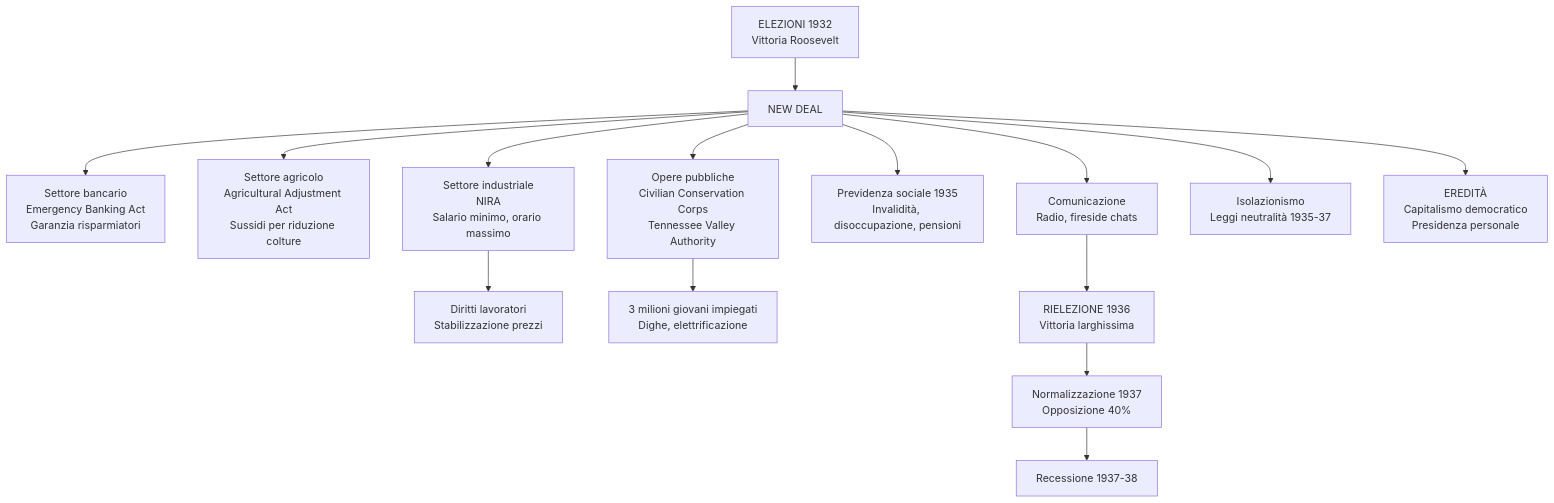
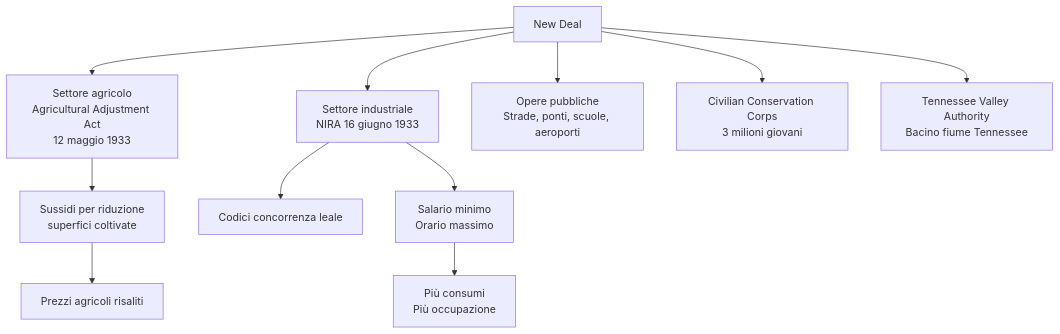
Before and after one commit to riccardo-algorime/appunti-5Bsa: diagram 13 of 16 in storia/materiale/studio/capitolo_3.10_studio.md, drawn with Mermaid. The commit also changed other lines of this file and 5 other files, not shown here.

````diff
--- a/storia/materiale/studio/capitolo_3.10_studio.md
+++ b/storia/materiale/studio/capitolo_3.10_studio.md
@@ -806,17 +437,13 @@
 ```mermaid
 flowchart TD
-    A[ELEZIONI 1932<br/>Vittoria Roosevelt] --> B[NEW DEAL]
-    B --> C[Settore bancario<br/>Emergency Banking Act<br/>Garanzia risparmiatori]
-    B --> D[Settore agricolo<br/>Agricultural Adjustment Act<br/>Sussidi per riduzione colture]
-    B --> E[Settore industriale<br/>NIRA<br/>Salario minimo, orario massimo]
-    B --> F[Opere pubbliche<br/>Civilian Conservation Corps<br/>Tennessee Valley Authority]
-    E --> G[Diritti lavoratori<br/>Stabilizzazione prezzi]
-    F --> H[3 milioni giovani impiegati<br/>Dighe, elettrificazione]
-    B --> I[Previdenza sociale 1935<br/>Invalidità, disoccupazione, pensioni]
-    B --> J[Comunicazione<br/>Radio, fireside chats]
-    J --> K[RIELEZIONE 1936<br/>Vittoria larghissima]
-    K --> L[Normalizzazione 1937<br/>Opposizione 40%]
-    L --> M[Recessione 1937-38]
-    B --> N[Isolazionismo<br/>Leggi neutralità 1935-37]
-    B --> O[EREDITÀ<br/>Capitalismo democratico<br/>Presidenza personale]
+    A[New Deal] --> B[Settore agricolo<br/>Agricultural Adjustment Act<br/>12 maggio 1933]
+    B --> C[Sussidi per riduzione<br/>superfici coltivate]
+    C --> D[Prezzi agricoli risaliti]
+    A --> E[Settore industriale<br/>NIRA 16 giugno 1933]
+    E --> F[Codici concorrenza leale]
+    E --> G[Salario minimo<br/>Orario massimo]
+    G --> H[Più consumi<br/>Più occupazione]
+    A --> I[Opere pubbliche<br/>Strade, ponti, scuole, aeroporti]
+    A --> J[Civilian Conservation Corps<br/>3 milioni giovani]
+    A --> K[Tennessee Valley Authority<br/>Bacino fiume Tennessee]
 ```
````
